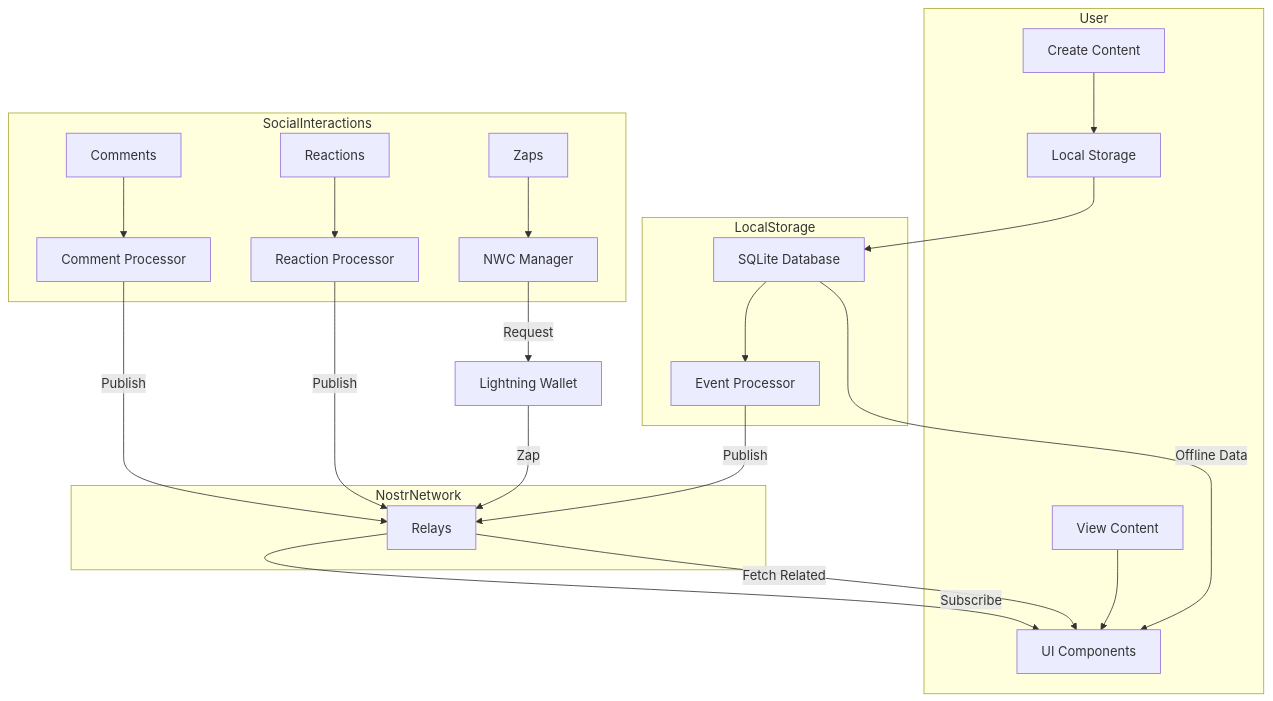
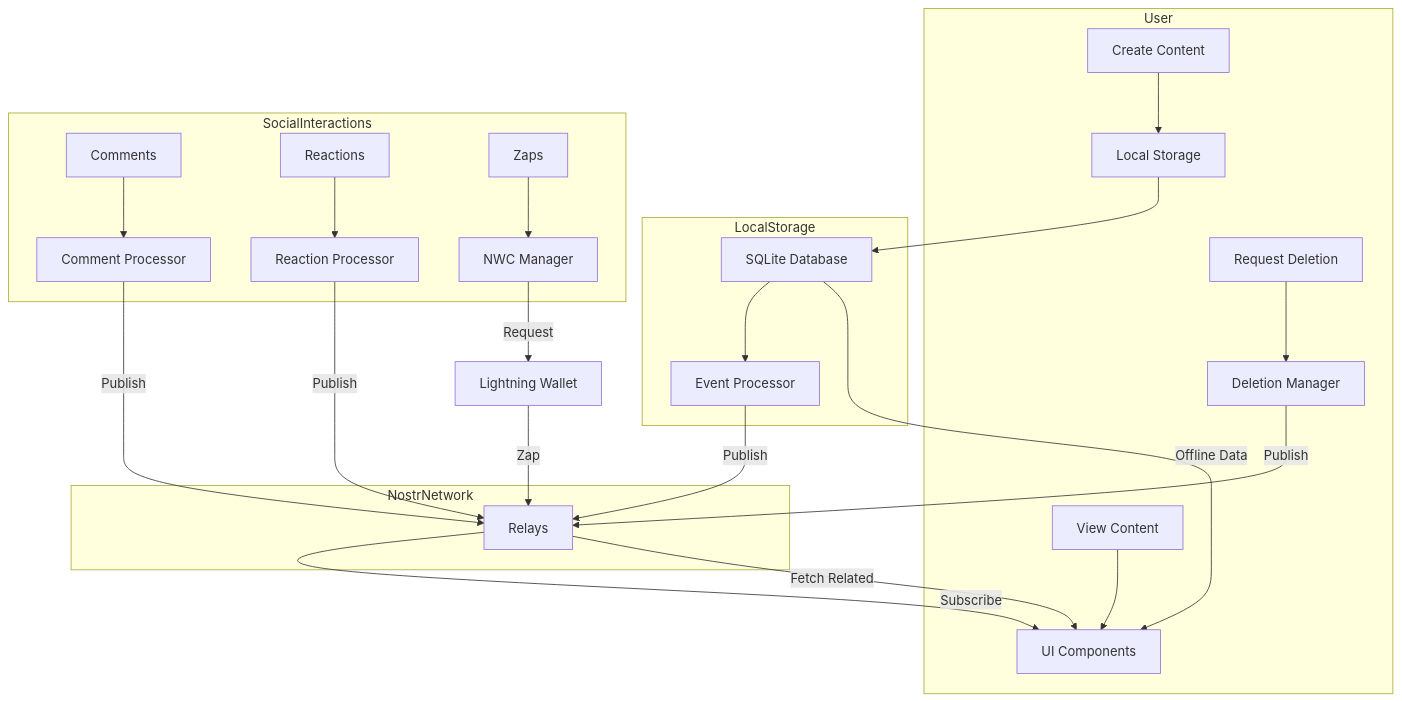
The second of 2 diagrams in docs/design/Social/SocialDesignDocument.md (DocNR/POWR), drawn with Mermaid before and after one commit. The commit also changed other lines of this file and 8 other files, not shown here.

````diff
--- a/docs/design/Social/SocialDesignDocument.md
+++ b/docs/design/Social/SocialDesignDocument.md
@@ -256,31 +326,33 @@
 ```mermaid
 graph TD
     subgraph User
         A[Create Content] --> B[Local Storage]
         G[View Content] --> F[UI Components]
+        T[Request Deletion] --> U[Deletion Manager]
     end
     
     subgraph LocalStorage
         B --> C[SQLite Database]
         C --> D[Event Processor]
     end
     
     subgraph NostrNetwork
         D -->|Publish| E[Relays]
         E -->|Subscribe| F
+        U -->|Publish| E
     end
     
     subgraph SocialInteractions
         H[Comments] --> I[Comment Processor]
         J[Reactions] --> K[Reaction Processor]
         L[Zaps] --> M[NWC Manager]
     end
     
     I -->|Publish| E
     K -->|Publish| E
     M -->|Request| N[Lightning Wallet]
     N -->|Zap| E
     
     E -->|Fetch Related| F
     C -->|Offline Data| F
 ```
````
